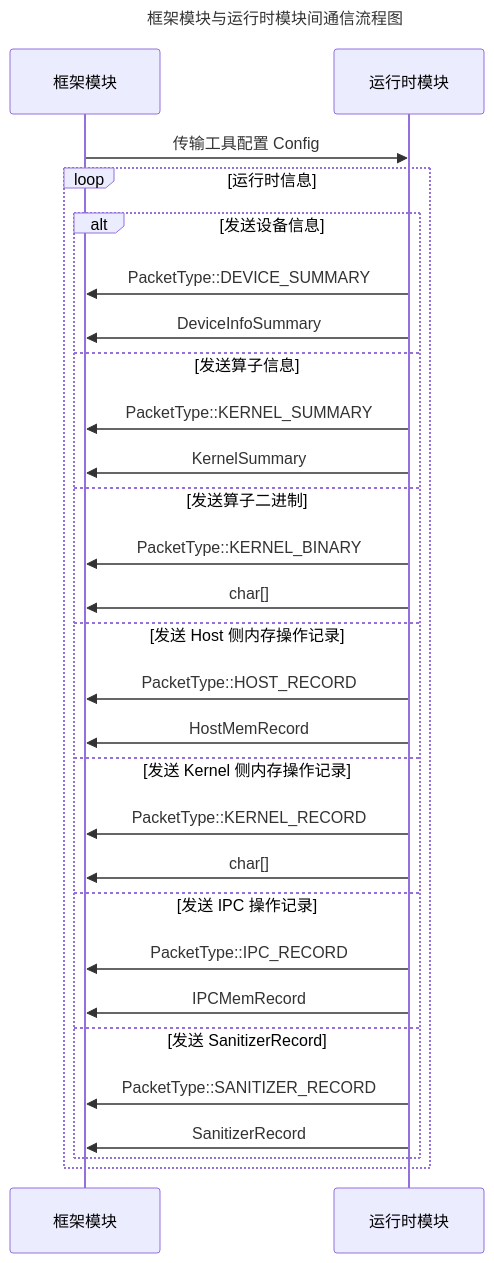
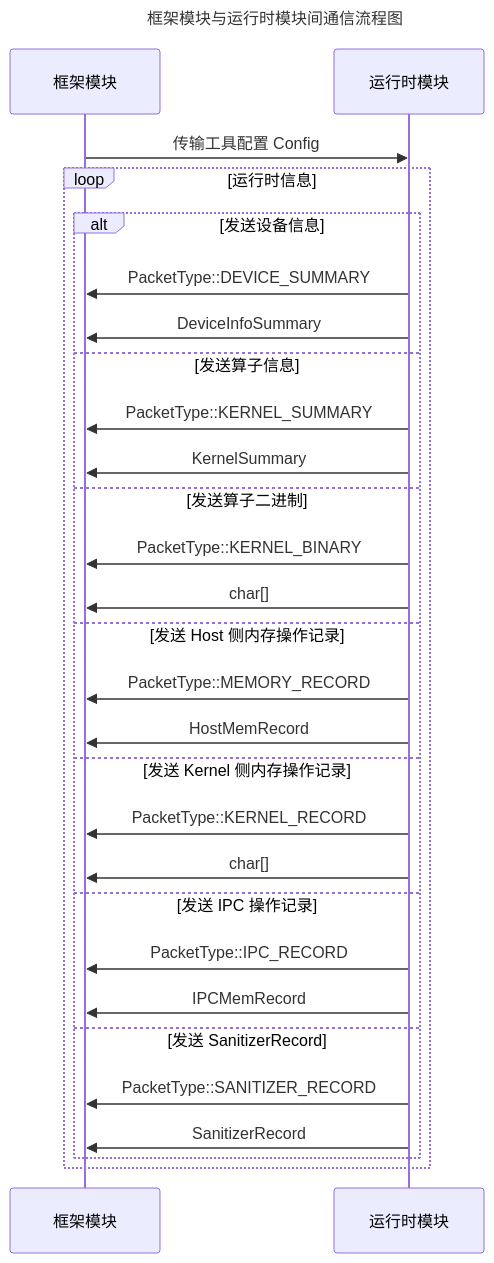
Diagram 22 of 24 in mssanitizer/docs/zh/development_guide/architecture.md (mindstudio-docs/master), drawn with Mermaid before and after one commit. The commit also changed other lines of this file and 494 other files, not shown here.

````diff
--- a/mssanitizer/docs/zh/development_guide/architecture.md
+++ b/mssanitizer/docs/zh/development_guide/architecture.md
@@ -1065,32 +1065,32 @@
 ```mermaid
 sequenceDiagram
     title 框架模块与运行时模块间通信流程图
     participant framework as 框架模块
     participant runtime as 运行时模块
 
     framework->>runtime: 传输工具配置 Config
     loop 运行时信息
         alt 发送设备信息
             runtime->>framework: PacketType::DEVICE_SUMMARY
             runtime->>framework: DeviceInfoSummary
         else 发送算子信息
             runtime->>framework: PacketType::KERNEL_SUMMARY
             runtime->>framework: KernelSummary
         else 发送算子二进制
             runtime->>framework: PacketType::KERNEL_BINARY
             runtime->>framework: char[]
         else 发送 Host 侧内存操作记录
-            runtime->>framework: PacketType::HOST_RECORD
+            runtime->>framework: PacketType::MEMORY_RECORD
             runtime->>framework: HostMemRecord
         else 发送 Kernel 侧内存操作记录
             runtime->>framework: PacketType::KERNEL_RECORD
             runtime->>framework: char[]
         else 发送 IPC 操作记录
             runtime->>framework: PacketType::IPC_RECORD
             runtime->>framework: IPCMemRecord
         else 发送 SanitizerRecord
             runtime->>framework: PacketType::SANITIZER_RECORD
             runtime->>framework: SanitizerRecord
         end
     end
 ```
````
